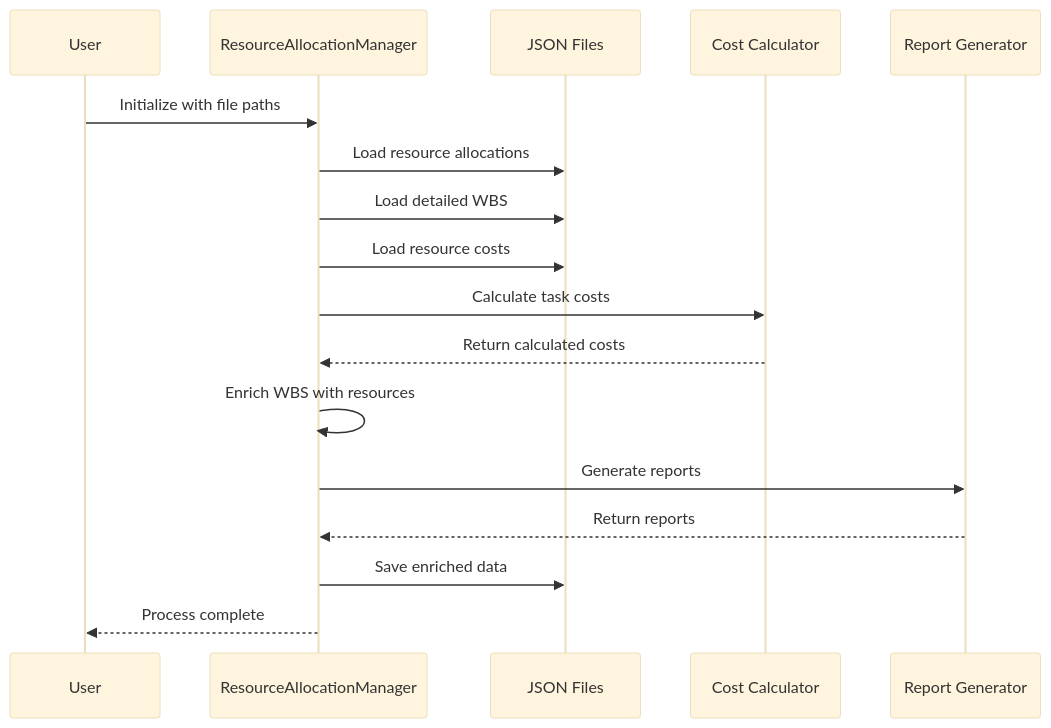
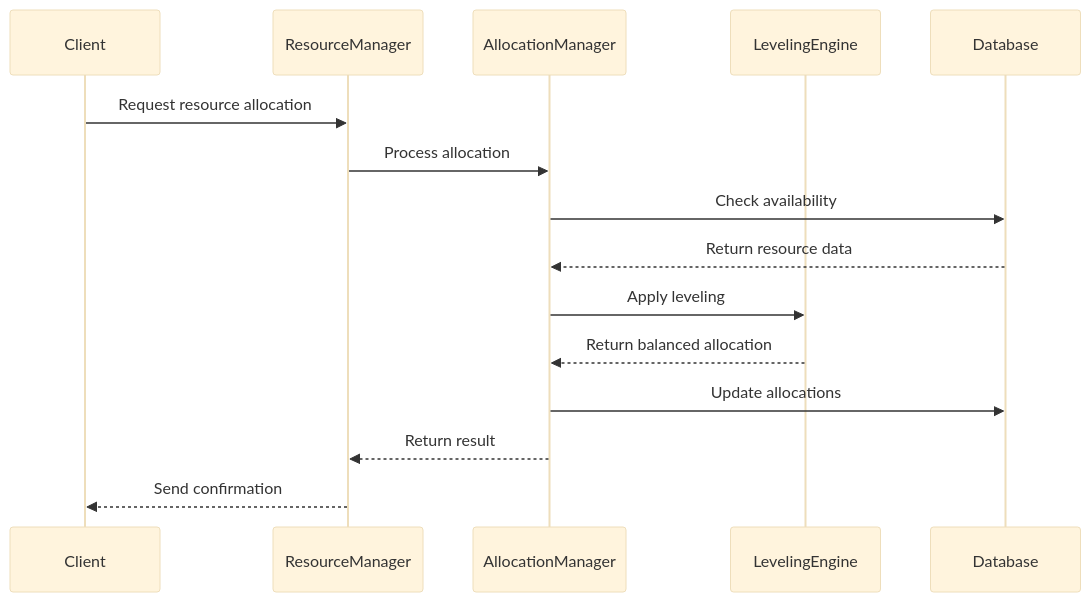
The second of 6 diagrams in Docs/autoprojectmanagement/main_modules/resource_management/resource_management_Module.md (Shakour-Data/AutoProjectManagement), drawn with Mermaid (base theme) before and after one commit. The commit also changed other lines of this file, not shown here.

Commit message:
📝 Update: Update Markdown doc Docs/autoprojectmanagement/main_modules/resource_management/resource_management_Module.md

````diff
--- a/Docs/autoprojectmanagement/main_modules/resource_management/resource_management_Module.md
+++ b/Docs/autoprojectmanagement/main_modules/resource_management/resource_management_Module.md
@@ -108,20 +73,18 @@
 ```mermaid
 sequenceDiagram
-    participant User
-    participant RAM as ResourceAllocationManager
-    participant JSON as JSON Files
-    participant CALC as Cost Calculator
-    participant REPORT as Report Generator
+    participant Client
+    participant ResourceManager
+    participant AllocationManager
+    participant LevelingEngine
+    participant Database
     
-    User->>RAM: Initialize with file paths
-    RAM->>JSON: Load resource allocations
-    RAM->>JSON: Load detailed WBS
-    RAM->>JSON: Load resource costs
-    RAM->>CALC: Calculate task costs
-    CALC-->>RAM: Return calculated costs
-    RAM->>RAM: Enrich WBS with resources
-    RAM->>REPORT: Generate reports
-    REPORT-->>RAM: Return reports
-    RAM->>JSON: Save enriched data
-    RAM-->>User: Process complete
+    Client->>ResourceManager: Request resource allocation
+    ResourceManager->>AllocationManager: Process allocation
+    AllocationManager->>Database: Check availability
+    Database-->>AllocationManager: Return resource data
+    AllocationManager->>LevelingEngine: Apply leveling
+    LevelingEngine-->>AllocationManager: Return balanced allocation
+    AllocationManager->>Database: Update allocations
+    AllocationManager-->>ResourceManager: Return result
+    ResourceManager-->>Client: Send confirmation
 ```
````
